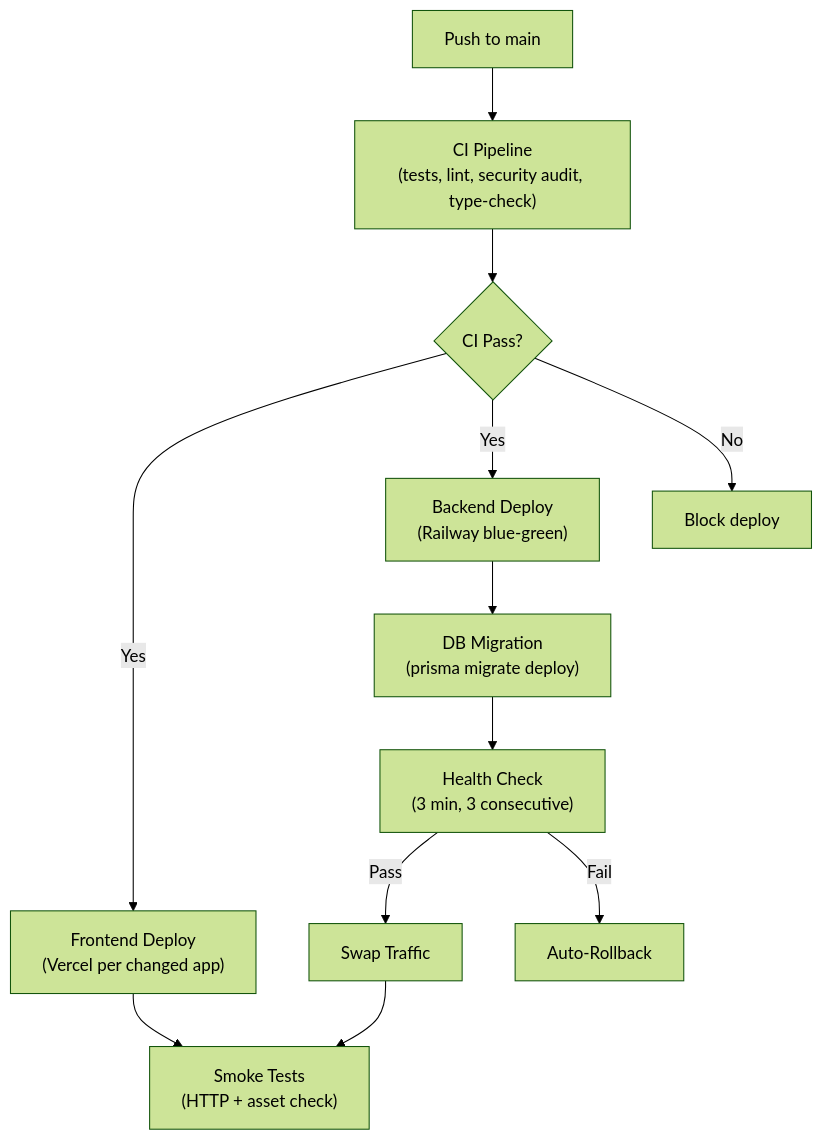
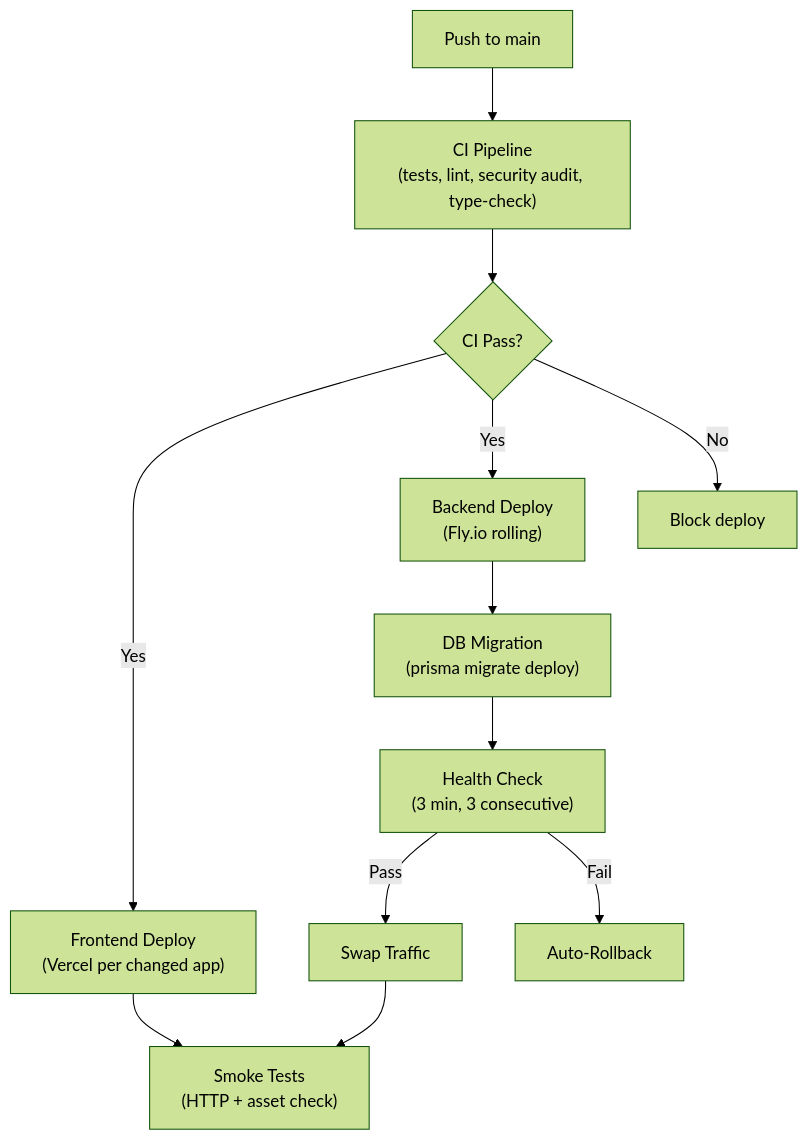
Before and after one commit to maru-story/wedding-ecosystem: the tenth of 12 diagrams in .agents/summary/workflows.md, drawn with Mermaid (forest theme). The commit also changed 12 other files, not shown here.

Commit message:
chore(deploy): migrate deploy workflows, configurations, and documentation from Railway to Fly.io

````diff
--- a/.agents/summary/workflows.md
+++ b/.agents/summary/workflows.md
@@ -222,25 +222,25 @@
 ```mermaid
 graph TB
     Push["Push to main"]
     CI["CI Pipeline<br/>(tests, lint, security audit, type-check)"]
     Gate{CI Pass?}
     FE["Frontend Deploy<br/>(Vercel per changed app)"]
-    BE["Backend Deploy<br/>(Railway blue-green)"]
+    BE["Backend Deploy<br/>(Fly.io rolling)"]
     Migrate["DB Migration<br/>(prisma migrate deploy)"]
     Health["Health Check<br/>(3 min, 3 consecutive)"]
     Swap["Swap Traffic"]
     Smoke["Smoke Tests<br/>(HTTP + asset check)"]
     Rollback["Auto-Rollback"]
 
     Push --> CI
     CI --> Gate
     Gate -->|Yes| FE
     Gate -->|Yes| BE
     Gate -->|No| Stop["Block deploy"]
     BE --> Migrate
     Migrate --> Health
     Health -->|Pass| Swap
     Health -->|Fail| Rollback
     Swap --> Smoke
     FE --> Smoke
 ```
````
